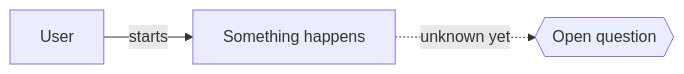
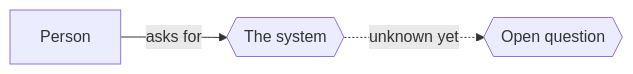
Before and after one commit to helico-tech/cicada.rs: the first of 3 diagrams in skills/actor-design/assets/design-template.md, drawn with Mermaid. The commit also changed other lines of this file and 10 other files, not shown here.

````diff
--- a/skills/actor-design/assets/design-template.md
+++ b/skills/actor-design/assets/design-template.md
@@ -46,5 +41,5 @@
 ```mermaid
 flowchart LR
-    U[User] -->|starts| X[Something happens]
-    X -.->|unknown yet| Q{{Open question}}
+    U[Person] -->|asks for| S{{The system}}
+    S -.->|unknown yet| Q{{Open question}}
 ```
````
